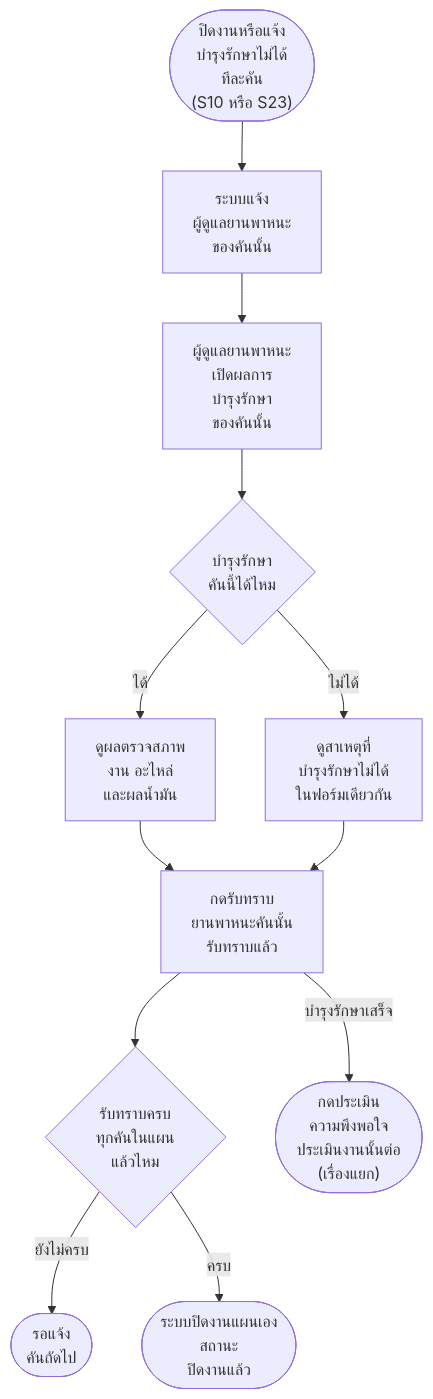
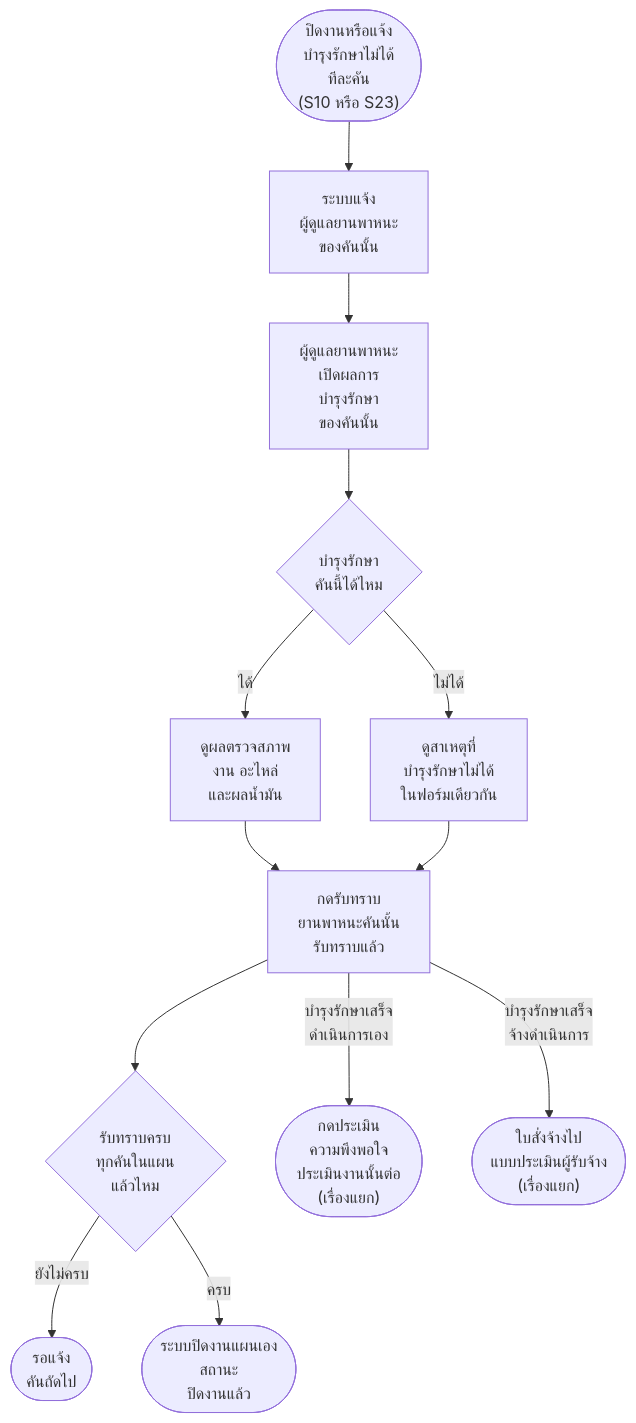
Diagram 15 of 17 in Diagram/01-บำรุงรักษาตามวาระ/27-บำรุงรักษา-flowchart-กิจกรรม.md (anugmail/Maintenance-Request-Form), drawn with Mermaid before and after one commit. The commit also changed 6 other files, not shown here.

````diff
--- a/Diagram/01-บำรุงรักษาตามวาระ/27-บำรุงรักษา-flowchart-กิจกรรม.md
+++ b/Diagram/01-บำรุงรักษาตามวาระ/27-บำรุงรักษา-flowchart-กิจกรรม.md
@@ -337,14 +337,15 @@
 ```mermaid
 flowchart TD
     S(["ปิดงานหรือแจ้ง<br/>บำรุงรักษาไม่ได้<br/>ทีละคัน<br/>(S10 หรือ S23)"]) --> A1["ระบบแจ้ง<br/>ผู้ดูแลยานพาหนะ<br/>ของคันนั้น"]
     A1 --> A2["ผู้ดูแลยานพาหนะ<br/>เปิดผลการ<br/>บำรุงรักษา<br/>ของคันนั้น"]
     A2 --> Q1{"บำรุงรักษา<br/>คันนี้ได้ไหม"}
     Q1 -->|ได้| A3["ดูผลตรวจสภาพ<br/>งาน อะไหล่<br/>และผลน้ำมัน"]
     A3 --> A6
     Q1 -->|ไม่ได้| A5["ดูสาเหตุที่<br/>บำรุงรักษาไม่ได้<br/>ในฟอร์มเดียวกัน"]
     A5 --> A6["กดรับทราบ<br/>ยานพาหนะคันนั้น<br/>รับทราบแล้ว"]
     A6 --> Q3{"รับทราบครบ<br/>ทุกคันในแผน<br/>แล้วไหม"}
     Q3 -->|ยังไม่ครบ| E1(["รอแจ้ง<br/>คันถัดไป"])
     Q3 -->|ครบ| E2(["ระบบปิดงานแผนเอง<br/>สถานะ<br/>ปิดงานแล้ว"])
-    A6 -->|บำรุงรักษาเสร็จ| E3(["กดประเมิน<br/>ความพึงพอใจ<br/>ประเมินงานนั้นต่อ<br/>(เรื่องแยก)"])
+    A6 -->|บำรุงรักษาเสร็จ<br/>ดำเนินการเอง| E3(["กดประเมิน<br/>ความพึงพอใจ<br/>ประเมินงานนั้นต่อ<br/>(เรื่องแยก)"])
+    A6 -->|บำรุงรักษาเสร็จ<br/>จ้างดำเนินการ| E4(["ใบสั่งจ้างไป<br/>แบบประเมินผู้รับจ้าง<br/>(เรื่องแยก)"])
 ```
````
